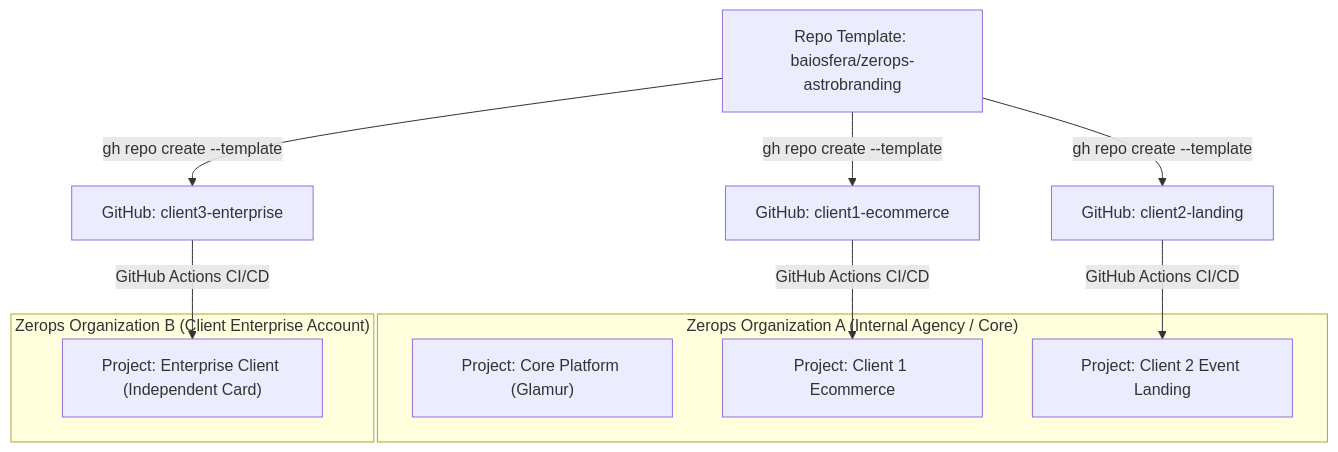
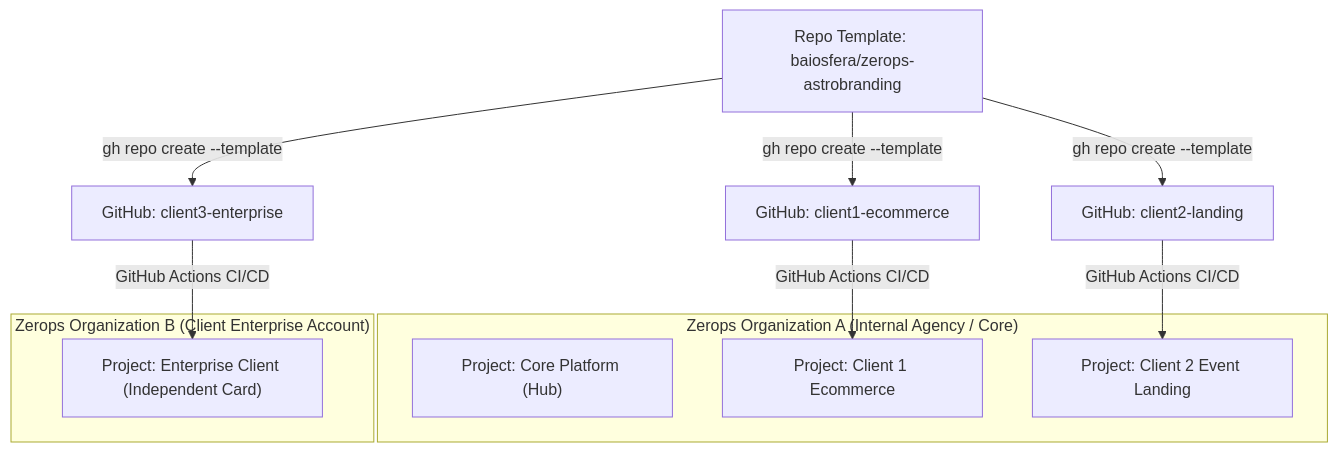
Before and after one commit to baiosfera/zerops-astrobranding: the diagram in README.md, drawn with Mermaid. The commit also changed 8 other files, not shown here.

````diff
--- a/README.md
+++ b/README.md
@@ -79,19 +79,19 @@
 ```mermaid
 graph TD
     subgraph Org1["Zerops Organization A (Internal Agency / Core)"]
-        ProjCore["Project: Core Platform (Glamur)"]
+        ProjCore["Project: Core Platform (Hub)"]
         ProjClient1["Project: Client 1 Ecommerce"]
         ProjClient2["Project: Client 2 Event Landing"]
     end
     subgraph Org2["Zerops Organization B (Client Enterprise Account)"]
         ProjClient3["Project: Enterprise Client (Independent Card)"]
     end
     
     Template["Repo Template: baiosfera/zerops-astrobranding"] -->|gh repo create --template| RepoClient1["GitHub: client1-ecommerce"]
     Template -->|gh repo create --template| RepoClient2["GitHub: client2-landing"]
     Template -->|gh repo create --template| RepoClient3["GitHub: client3-enterprise"]
     
     RepoClient1 -->|GitHub Actions CI/CD| ProjClient1
     RepoClient2 -->|GitHub Actions CI/CD| ProjClient2
     RepoClient3 -->|GitHub Actions CI/CD| ProjClient3
 ```
````
